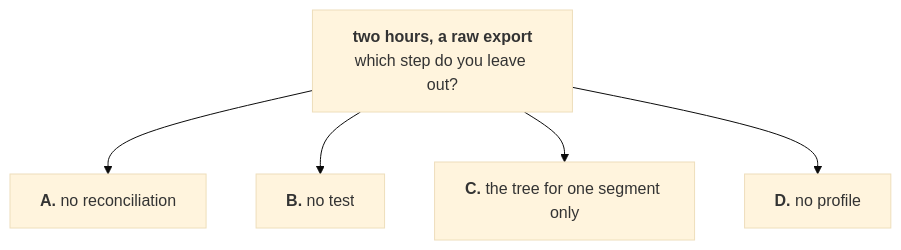
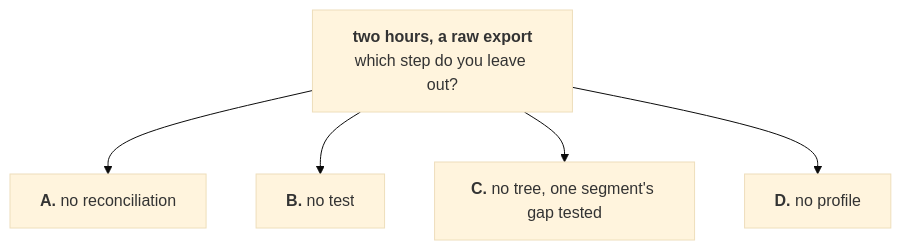
Before and after one commit to fde-academy-lab/c2-content-factory: the diagram in content/W01/D5/exercises/unguided/C2_W01_D05_timed_cases_STUDENT.md, drawn with Mermaid (base theme). The commit also changed other lines of this file and 17 other files, not shown here.

````diff
--- a/content/W01/D5/exercises/unguided/C2_W01_D05_timed_cases_STUDENT.md
+++ b/content/W01/D5/exercises/unguided/C2_W01_D05_timed_cases_STUDENT.md
@@ -46,7 +46,7 @@
 ```mermaid
 flowchart TB
     Q["<b>two hours, a raw export</b><br/>which step do you leave out?"] --> A["<b>A.</b> no reconciliation"]
     Q --> B["<b>B.</b> no test"]
-    Q --> C["<b>C.</b> the tree for one segment only"]
+    Q --> C["<b>C.</b> no tree, one segment's gap tested"]
     Q --> D["<b>D.</b> no profile"]
 ```
````
